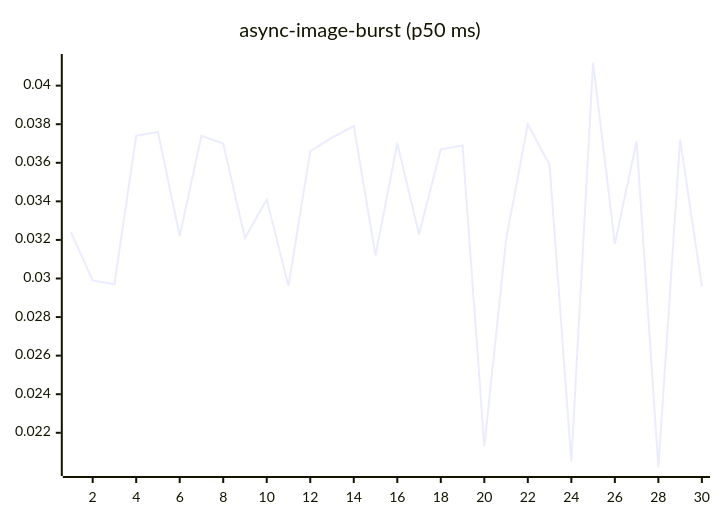
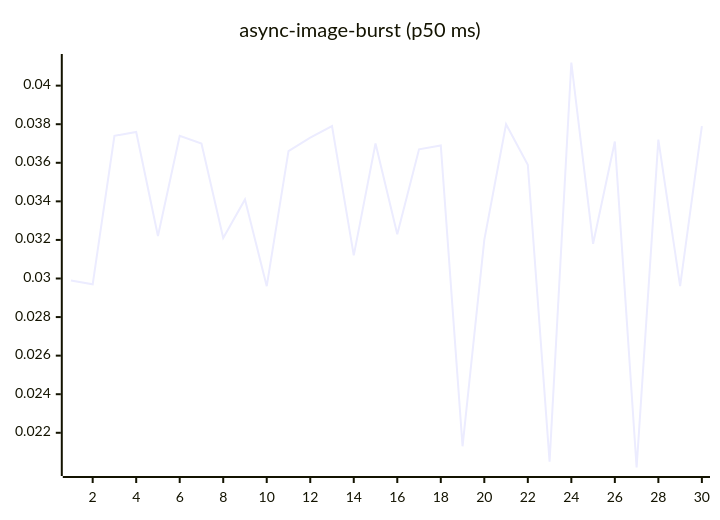
Before and after one commit to josha/Facet: the fourth of 27 diagrams in README.md, drawn with Mermaid. The commit also changed other lines of this file and 2 other files, not shown here.

````diff
--- a/README.md
+++ b/README.md
@@ -84,6 +84,6 @@
 ```mermaid
 xychart-beta
     title "async-image-burst (p50 ms)"
     x-axis 1 --> 30
-    line [0.0324, 0.0299, 0.0297, 0.0374, 0.0376, 0.0322, 0.0374, 0.0370, 0.0321, 0.0341, 0.0296, 0.0366, 0.0373, 0.0379, 0.0312, 0.0370, 0.0323, 0.0367, 0.0369, 0.0213, 0.0320, 0.0380, 0.0359, 0.0205, 0.0412, 0.0318, 0.0371, 0.0202, 0.0372, 0.0296]
+    line [0.0299, 0.0297, 0.0374, 0.0376, 0.0322, 0.0374, 0.0370, 0.0321, 0.0341, 0.0296, 0.0366, 0.0373, 0.0379, 0.0312, 0.0370, 0.0323, 0.0367, 0.0369, 0.0213, 0.0320, 0.0380, 0.0359, 0.0205, 0.0412, 0.0318, 0.0371, 0.0202, 0.0372, 0.0296, 0.0379]
 ```
````
